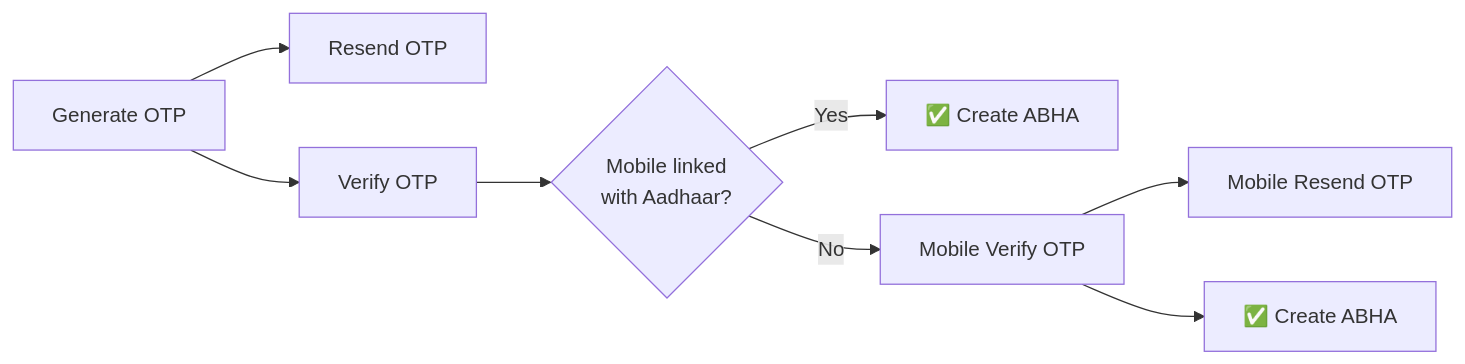
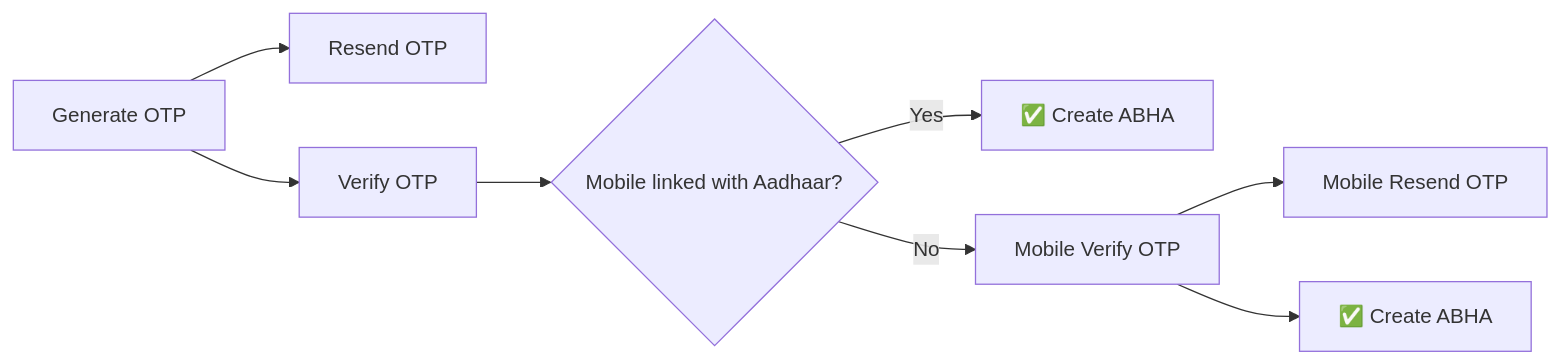
One commit to eka-care/eka-docs changed the first of 6 diagrams in api-reference/user-app/abdm-connect/flows/m1.mdx. Above: the diagram before and after it, drawn with Mermaid.

Commit message:
M1 flow updated

````diff
--- a/api-reference/user-app/abdm-connect/flows/m1.mdx
+++ b/api-reference/user-app/abdm-connect/flows/m1.mdx
@@ -16,10 +16,10 @@
 ```mermaid
 flowchart LR
   A["Generate OTP"] --> AR["Resend OTP"]
   A --> B["Verify OTP"]
-  B --> C{"Mobile linked\nwith Aadhaar?"}
+  B --> C{"Mobile linked with Aadhaar?"}
   C -->|Yes| D["✅ Create ABHA"]
   C -->|No| E["Mobile Verify OTP"]
   E --> ER["Mobile Resend OTP"]
   E --> F["✅ Create ABHA"]
 ```
````
